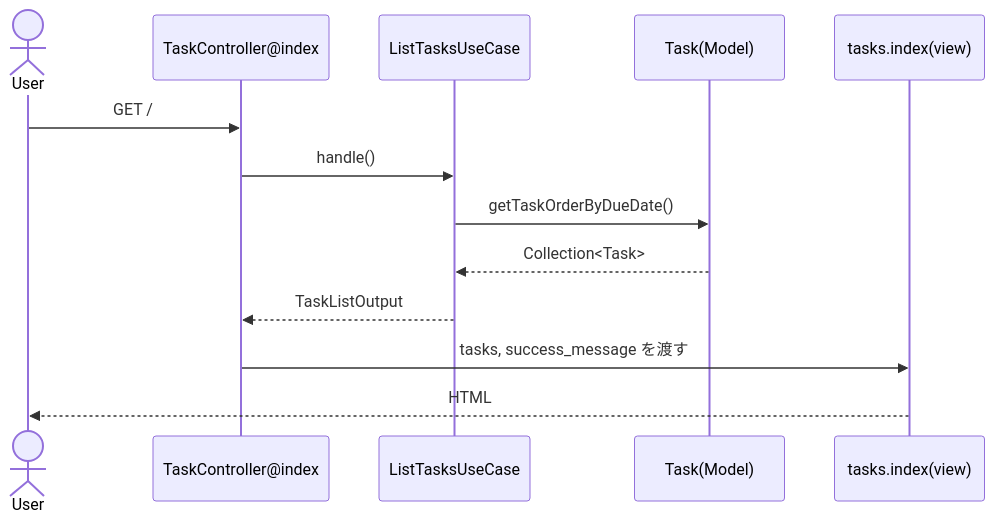
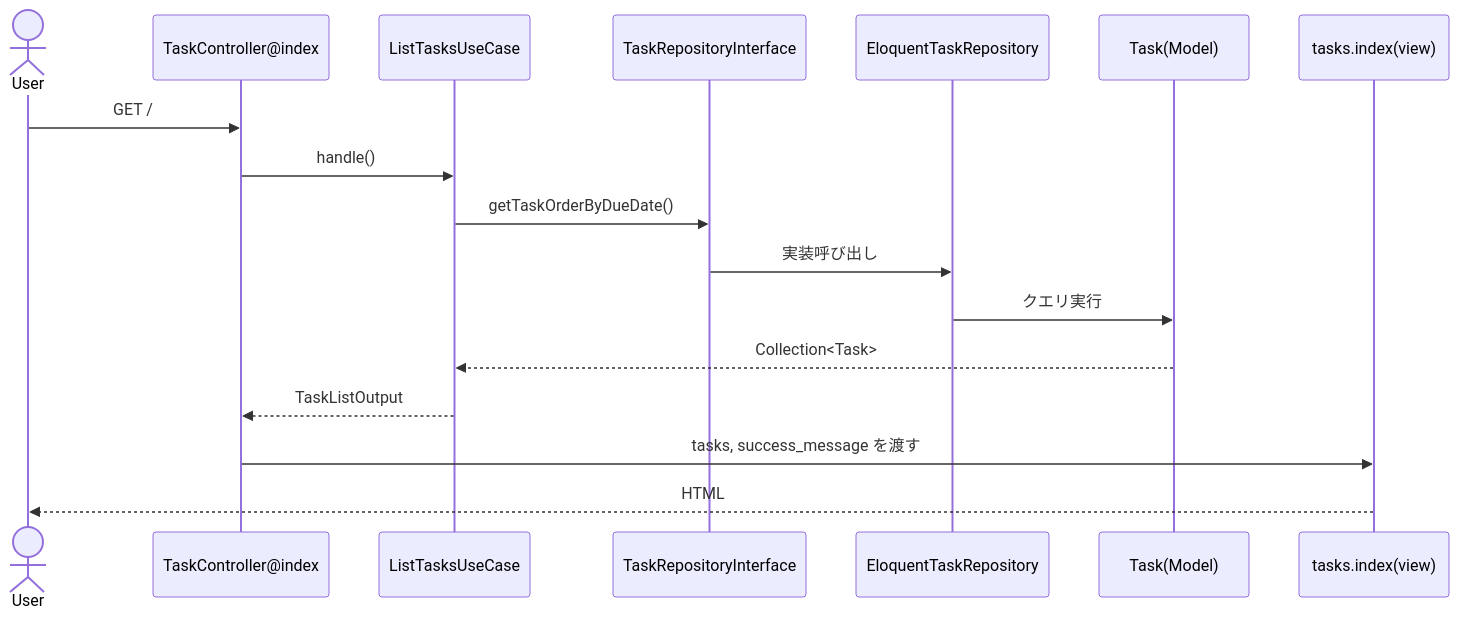
The second of 5 diagrams in docs/task-usecase-data-flow.md (pasgroup/laravel-playground), drawn with Mermaid before and after one commit. The commit also changed other lines of this file and 15 other files, not shown here.

````diff
--- a/docs/task-usecase-data-flow.md
+++ b/docs/task-usecase-data-flow.md
@@ -35,16 +39,20 @@
 ```mermaid
 sequenceDiagram
     actor U as User
     participant C as TaskController@index
     participant LU as ListTasksUseCase
+    participant R as TaskRepositoryInterface
+    participant ER as EloquentTaskRepository
     participant T as Task(Model)
     participant V as tasks.index(view)
 
     U->>C: GET /
     C->>LU: handle()
-    LU->>T: getTaskOrderByDueDate()
+    LU->>R: getTaskOrderByDueDate()
+    R->>ER: 実装呼び出し
+    ER->>T: クエリ実行
     T-->>LU: Collection<Task>
     LU-->>C: TaskListOutput
     C->>V: tasks, success_message を渡す
     V-->>U: HTML
 ```
````
